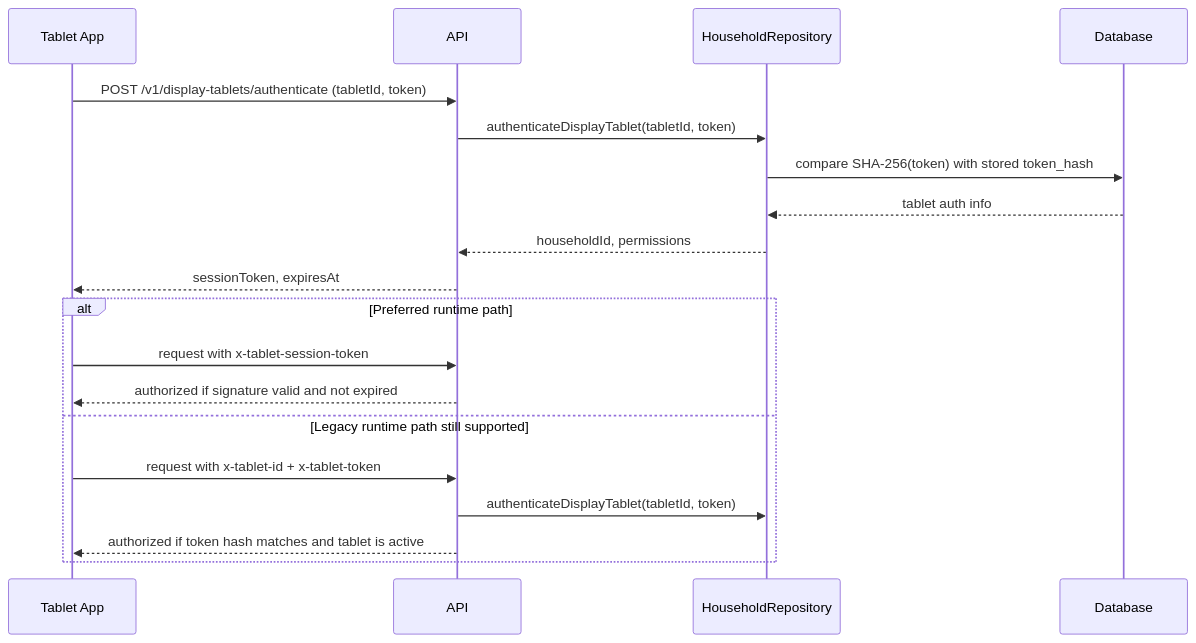
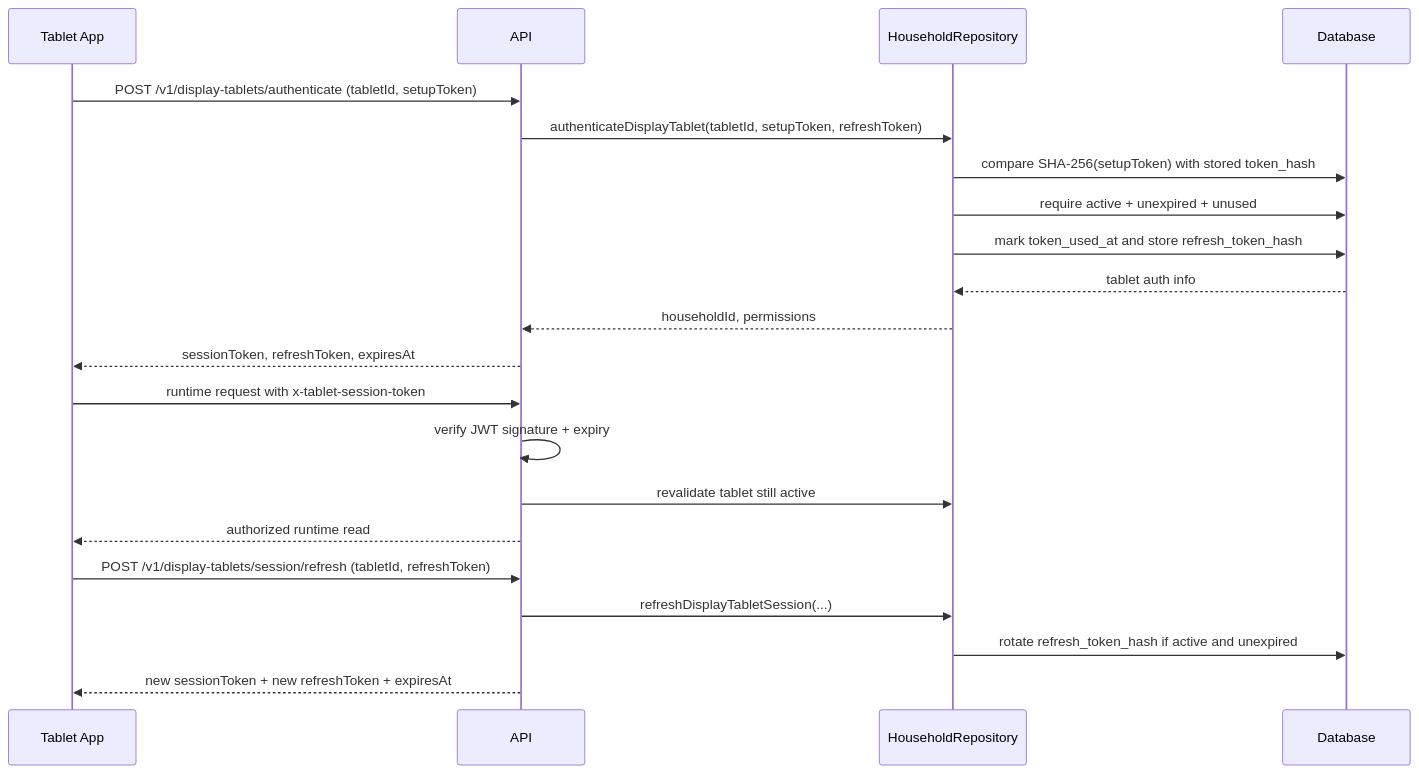
The fifth of 6 diagrams in ARCHITECTURE.md (bencohensolal/seniorhub), drawn with Mermaid before and after one commit. The commit also changed other lines of this file and 9 other files, not shown here.

First line of the commit message:
feat(tablet-auth): introduce one-shot setup tokens

````diff
--- a/ARCHITECTURE.md
+++ b/ARCHITECTURE.md
@@ -292,23 +301,26 @@
 ```mermaid
 sequenceDiagram
   participant Tablet as Tablet App
   participant API as API
   participant Repo as HouseholdRepository
   participant DB as Database
 
-  Tablet->>API: POST /v1/display-tablets/authenticate (tabletId, token)
-  API->>Repo: authenticateDisplayTablet(tabletId, token)
-  Repo->>DB: compare SHA-256(token) with stored token_hash
+  Tablet->>API: POST /v1/display-tablets/authenticate (tabletId, setupToken)
+  API->>Repo: authenticateDisplayTablet(tabletId, setupToken, refreshToken)
+  Repo->>DB: compare SHA-256(setupToken) with stored token_hash
+  Repo->>DB: require active + unexpired + unused
+  Repo->>DB: mark token_used_at and store refresh_token_hash
   DB-->>Repo: tablet auth info
   Repo-->>API: householdId, permissions
-  API-->>Tablet: sessionToken, expiresAt
+  API-->>Tablet: sessionToken, refreshToken, expiresAt
 
-  alt Preferred runtime path
-    Tablet->>API: request with x-tablet-session-token
-    API-->>Tablet: authorized if signature valid and not expired
-  else Legacy runtime path still supported
-    Tablet->>API: request with x-tablet-id + x-tablet-token
-    API->>Repo: authenticateDisplayTablet(tabletId, token)
-    API-->>Tablet: authorized if token hash matches and tablet is active
-  end
+  Tablet->>API: runtime request with x-tablet-session-token
+  API->>API: verify JWT signature + expiry
+  API->>Repo: revalidate tablet still active
+  API-->>Tablet: authorized runtime read
+
+  Tablet->>API: POST /v1/display-tablets/session/refresh (tabletId, refreshToken)
+  API->>Repo: refreshDisplayTabletSession(...)
+  Repo->>DB: rotate refresh_token_hash if active and unexpired
+  API-->>Tablet: new sessionToken + new refreshToken + expiresAt
 ```
````
